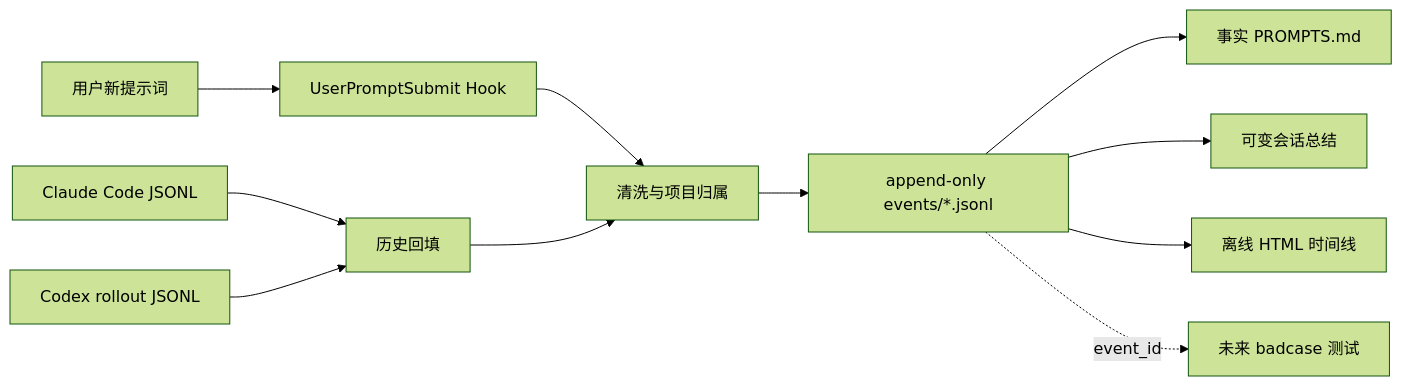
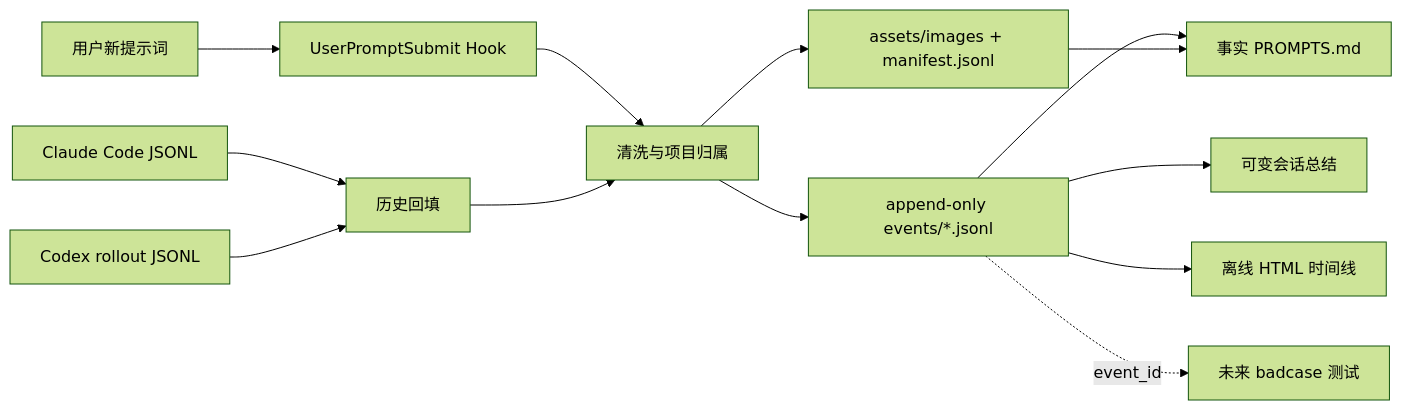
The diagram in README.md (24kchengYe/prompt-harness), drawn with Mermaid (forest theme) before and after one commit. The commit also changed other lines of this file and 13 other files, not shown here.

````diff
--- a/README.md
+++ b/README.md
@@ -50,13 +52,15 @@
 ```mermaid
 flowchart LR
   U["用户新提示词"] --> H["UserPromptSubmit Hook"]
   C["Claude Code JSONL"] --> B["历史回填"]
   X["Codex rollout JSONL"] --> B
   H --> N["清洗与项目归属"]
   B --> N
   N --> E["append-only events/*.jsonl"]
+  N --> A["assets/images + manifest.jsonl"]
   E --> M["事实 PROMPTS.md"]
+  A --> M
   E --> S["可变会话总结"]
   E --> V["离线 HTML 时间线"]
   E -. "event_id" .-> R["未来 badcase 测试"]
 ```
````
